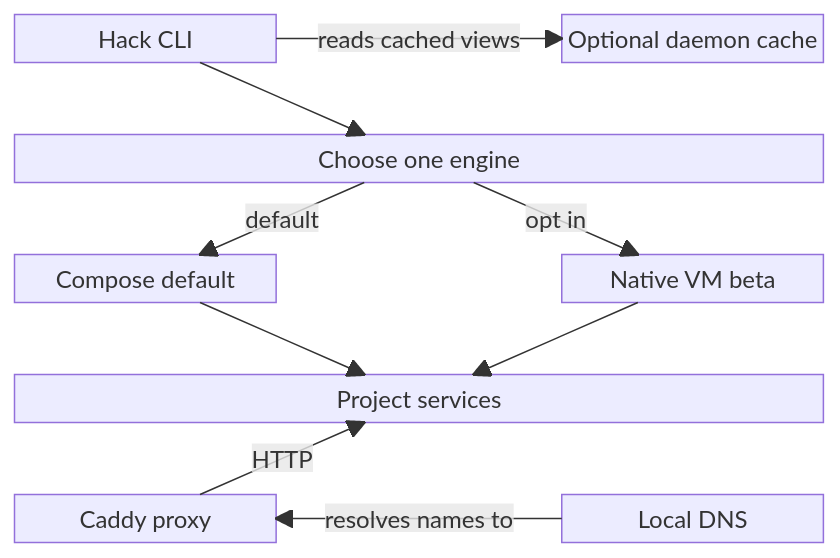
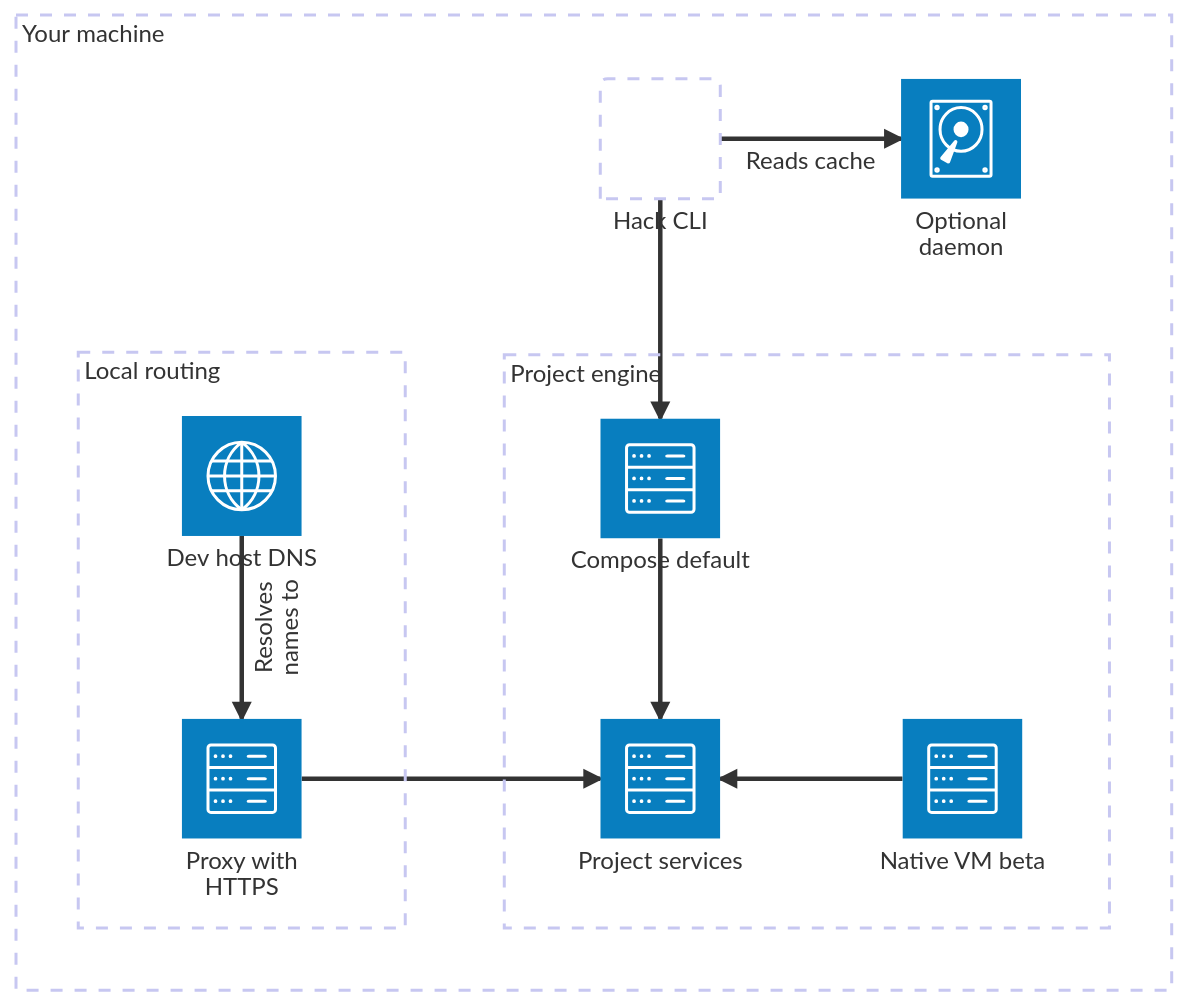
Before and after one commit to hack-dance/hack: the diagram in docs/assets/readme/project.mmd, drawn with Mermaid. The commit also changed 8 other files, not shown here.

Commit message:
docs: illustrate README architecture and command interactions

```diff
--- a/docs/assets/readme/project.mmd
+++ b/docs/assets/readme/project.mmd
@@ -1,22 +1,25 @@
 ---
-title: Local project components
+title: What Hack runs
 ---
-block-beta
-  columns 3
-  cli["Hack CLI"] space daemon["Optional daemon cache"]
-  space:3
-  choose["Choose one engine"]:3
-  space:3
-  compose["Compose default"] space native["Native VM beta"]
-  space:3
-  services["Project services"]:3
-  space:3
-  proxy["Caddy proxy"] space dns["Local DNS"]
-  cli -- "reads cached views" --> daemon
-  cli --> choose
-  choose -- "default" --> compose
-  choose -- "opt in" --> native
-  compose --> services
-  native --> services
-  proxy -- "HTTP" --> services
-  dns -- "resolves names to" --> proxy
+architecture-beta
+  %% README generator applies live to compose/services and idle to native.
+  group machine[Your machine]
+  service cli[Hack CLI] in machine
+  service daemon(disk)[Optional daemon] in machine
+  group routing[Local routing] in machine
+  service dns(internet)[Dev host DNS] in routing
+  service proxy(server)[Proxy with HTTPS] in routing
+  group engine[Project engine] in machine
+  service compose(server)[Compose default] in engine
+  service services(server)[Project services] in engine
+  service native(server)[Native VM beta] in engine
+  cli:R -[Reads cache]-> L:daemon
+  cli:B --> T:compose
+  compose:B --> T:services
+  native:L --> R:services
+  dns:B -[Resolves names to]-> T:proxy
+  proxy:R --> L:services
+  align row cli daemon
+  align column cli compose services
+  align column dns proxy
+  align row proxy services native
```
